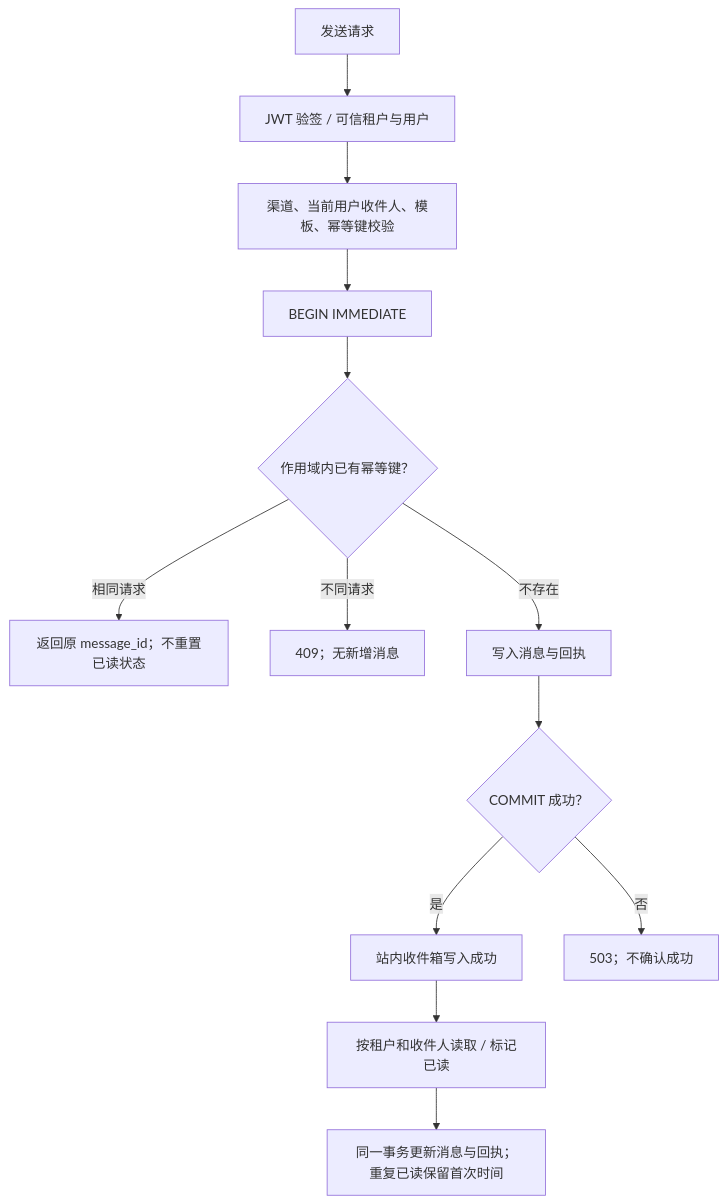
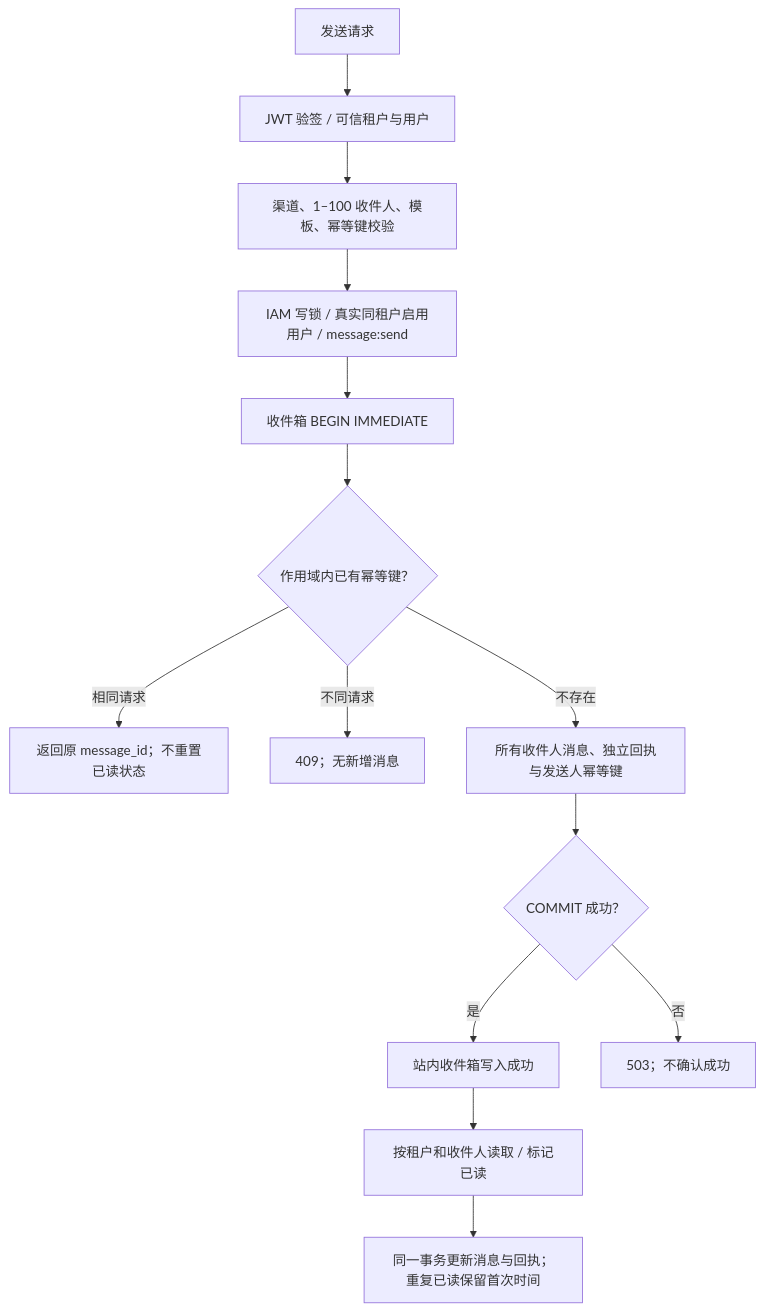
One commit to aikjx/mox changed the diagram in docs/modules/message-center/README.md. Above: the diagram before and after it, drawn with Mermaid. The commit also changed other lines of this file and 239 other files, not shown here.

````diff
--- a/docs/modules/message-center/README.md
+++ b/docs/modules/message-center/README.md
@@ -19,15 +20,16 @@
 ```mermaid
 flowchart TD
     REQUEST["发送请求"] --> AUTH["JWT 验签 / 可信租户与用户"]
-    AUTH --> VALIDATE["渠道、当前用户收件人、模板、幂等键校验"]
-    VALIDATE --> TX["BEGIN IMMEDIATE"]
+    AUTH --> VALIDATE["渠道、1–100 收件人、模板、幂等键校验"]
+    VALIDATE --> IAM["IAM 写锁 / 真实同租户启用用户 / message:send"]
+    IAM --> TX["收件箱 BEGIN IMMEDIATE"]
     TX --> KEY{"作用域内已有幂等键？"}
     KEY -->|相同请求| ORIGINAL["返回原 message_id；不重置已读状态"]
     KEY -->|不同请求| CONFLICT["409；无新增消息"]
-    KEY -->|不存在| INSERT["写入消息与回执"]
+    KEY -->|不存在| INSERT["所有收件人消息、独立回执与发送人幂等键"]
     INSERT --> COMMIT{"COMMIT 成功？"}
     COMMIT -->|是| SENT["站内收件箱写入成功"]
     COMMIT -->|否| ERROR["503；不确认成功"]
     SENT --> READ["按租户和收件人读取 / 标记已读"]
     READ --> BOTH["同一事务更新消息与回执；重复已读保留首次时间"]
 ```
````
